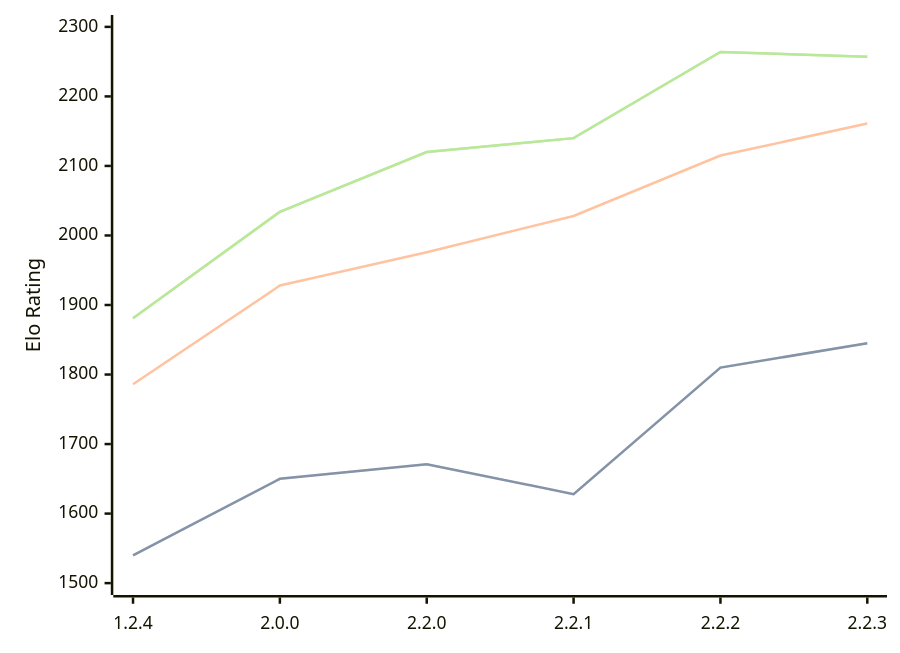
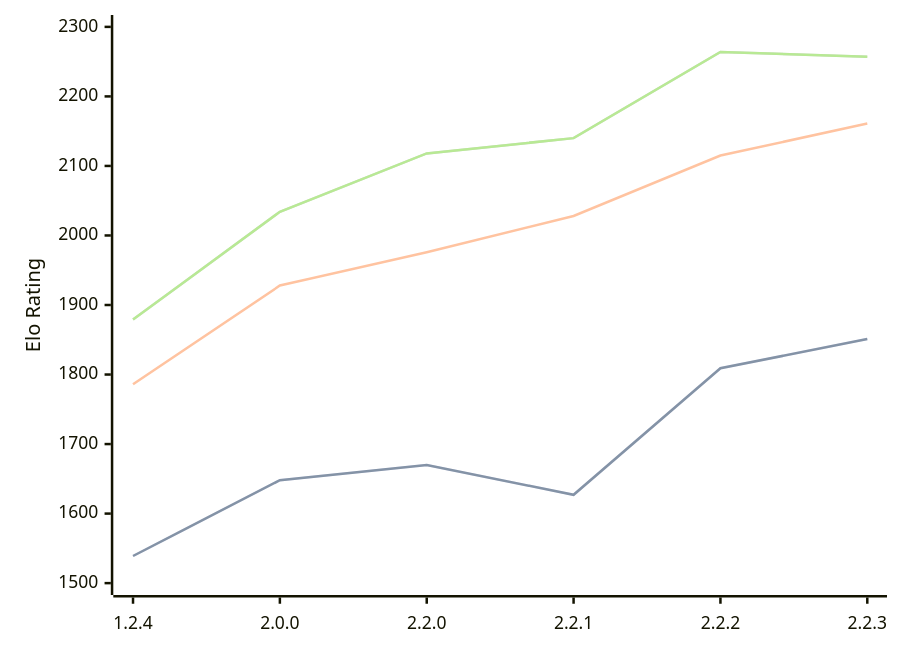
Before and after one commit to computer-chess-index/cci: the diagram in engines/Kreveta.md, drawn with Mermaid. The commit also changed other lines of this file, not shown here.

Commit message:
Update CCI Ratings (ELO VLTC) - 2026-03-05

````diff
--- a/engines/Kreveta.md
+++ b/engines/Kreveta.md
@@ -37,11 +37,11 @@
 ```mermaid
 %%{init: {"theme":"base","themeVariables":{"seriesColors:['#a3a3a3','#222221','#faa371']}}}%%
 xychart-beta
   x-axis ["1.2.4", "2.0.0", "2.2.0", "2.2.1", "2.2.2", "2.2.3"]
   y-axis "Elo Rating" 1500 --> 2300
-  line "STC (8.0+0.08s)" [1540, 1650, 1671, 1628, 1810, 1845]
-  line "STC (8.0+0.08s)" [1540, 1650, 1671, 1628, 1810, 1845]
+  line "STC (8.0+0.08s)" [1539, 1648, 1670, 1627, 1809, 1851]
+  line "STC (8.0+0.08s)" [1539, 1648, 1670, 1627, 1809, 1851]
   line "LTC (60.0+0.60s)" [1786, 1928, 1976, 2028, 2115, 2161]
-  line "VLTC (2m24s+1.12s)" [1881, 2034, 2120, 2140, 2264, 2257]
-  line "VLTC (2m24s+1.12s)" [1881, 2034, 2120, 2140, 2264, 2257]
+  line "VLTC (2m24s+1.12s)" [1879, 2034, 2118, 2140, 2264, 2257]
+  line "VLTC (2m24s+1.12s)" [1879, 2034, 2118, 2140, 2264, 2257]
 ```
````
